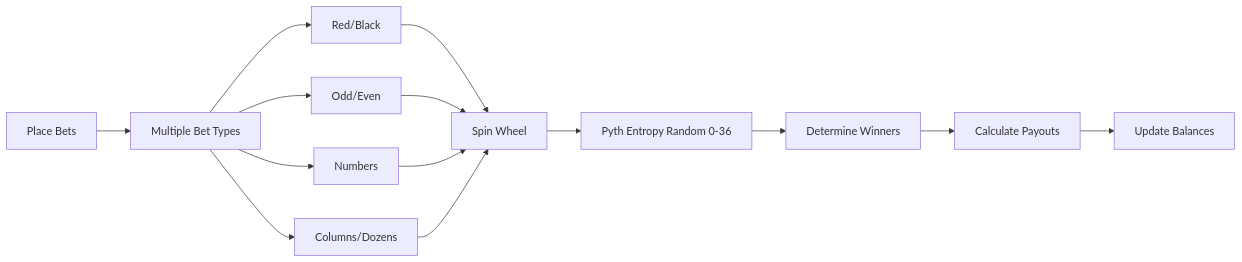
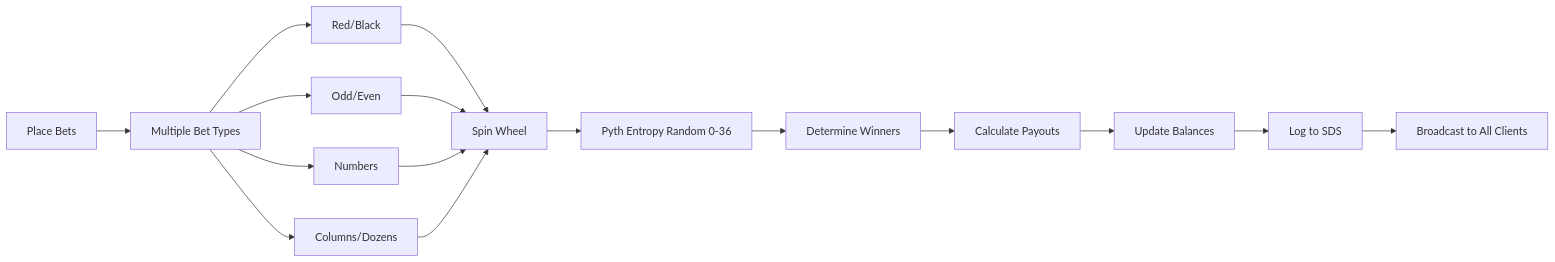
Before and after one commit to AmaanSayyad/APT-Casino-Somnia: diagram 13 of 24 in MERMAID_DIAGRAMS.md, drawn with Mermaid. The commit also changed other lines of this file and 6 other files, not shown here.

Commit message:
diagrams and wd

````diff
--- a/MERMAID_DIAGRAMS.md
+++ b/MERMAID_DIAGRAMS.md
@@ -368,18 +469,20 @@
 ```mermaid
 flowchart LR
     A[Place Bets] --> B[Multiple Bet Types]
     B --> C[Red/Black]
     B --> D[Odd/Even]
     B --> E[Numbers]
     B --> F[Columns/Dozens]
     
     C --> G[Spin Wheel]
     D --> G
     E --> G
     F --> G
     
     G --> H[Pyth Entropy Random 0-36]
     H --> I[Determine Winners]
     I --> J[Calculate Payouts]
     J --> K[Update Balances]
+    K --> L[Log to SDS]
+    L --> M[Broadcast to All Clients]
 ```
````
